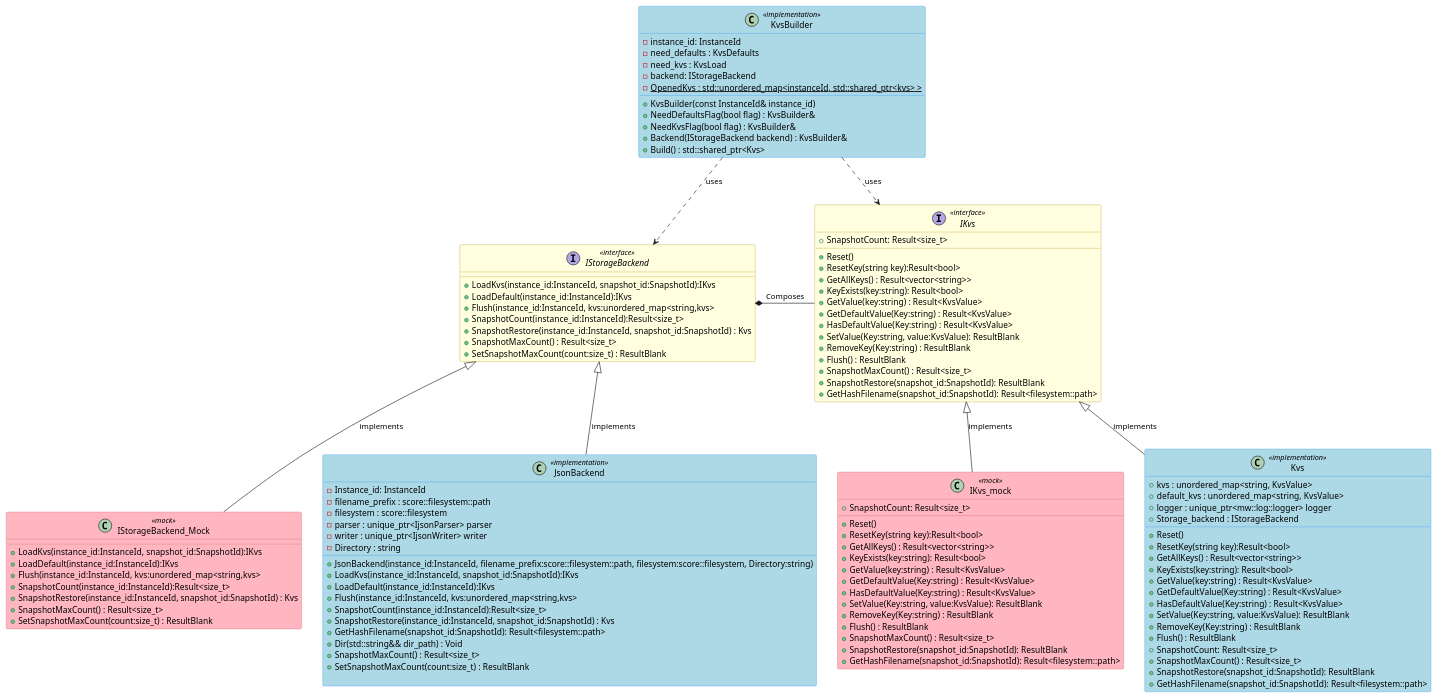
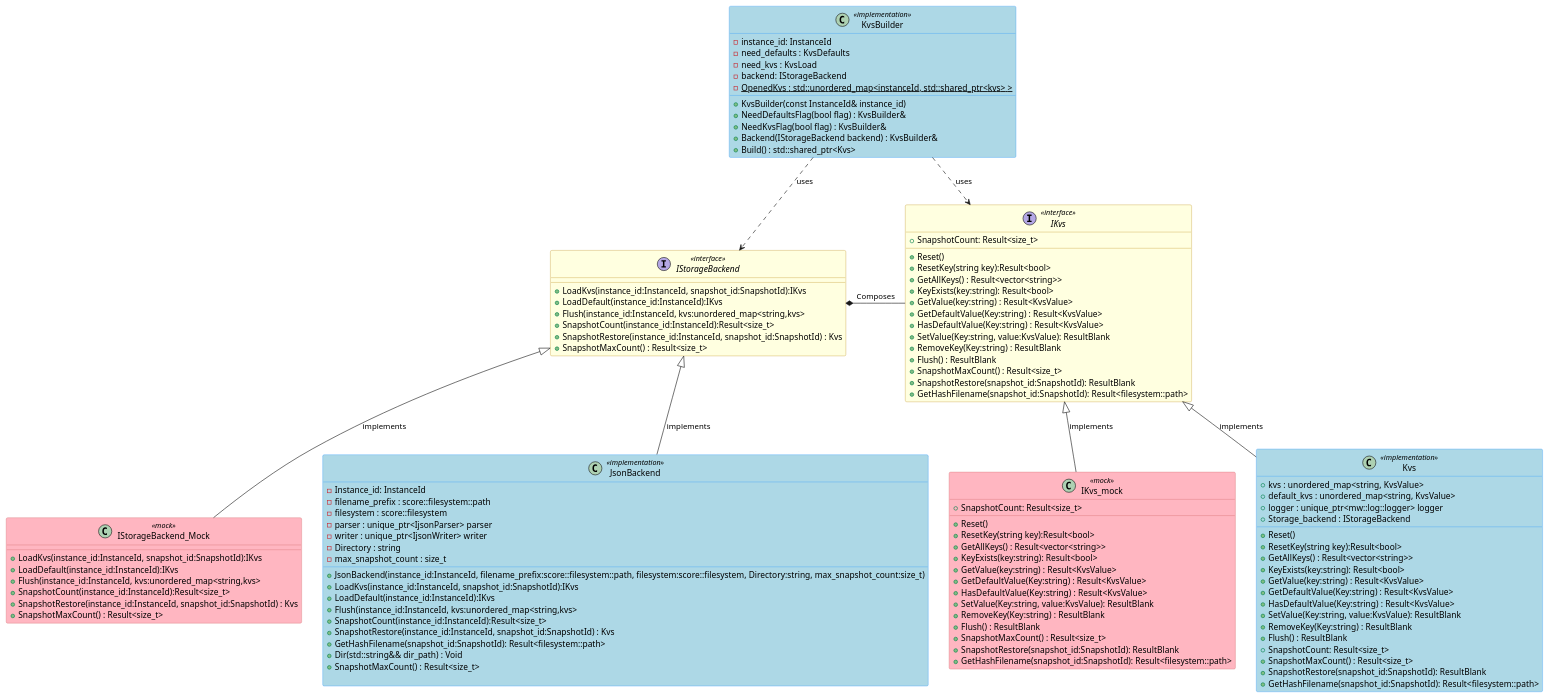
The diagram in docs/Design/class_diagram_cpp.puml (Ahmed-Elsaka-JC/inc_mw_per), drawn with PlantUML before and after one commit.

Commit message:
fix review points

```diff
--- a/docs/Design/class_diagram_cpp.puml
+++ b/docs/Design/class_diagram_cpp.puml
@@ -1,145 +1,143 @@
 @startuml ScorePersistencyKvsDesign
 
 ' Define color schemes matching original design
 skinparam class {
     BackgroundColor<<interface>> LightYellow
     BorderColor<<interface>> DarkGoldenRod
     BackgroundColor<<implementation>> LightBlue
     BorderColor<<implementation>> DodgerBlue
     BackgroundColor<<mock>> LightPink
     BorderColor<<mock>> IndianRed
 }
 
 class KvsBuilder <<implementation>> {
     - instance_id: InstanceId
     - need_defaults : KvsDefaults
     - need_kvs : KvsLoad
     - backend: IStorageBackend
     - {static} OpenedKvs : std::unordered_map<instanceId, std::shared_ptr<kvs> >
     __
     + KvsBuilder(const InstanceId& instance_id)
     + NeedDefaultsFlag(bool flag) : KvsBuilder&
     + NeedKvsFlag(bool flag) : KvsBuilder&
     + Backend(IStorageBackend backend) : KvsBuilder&
     + Build() : std::shared_ptr<Kvs>
 }
 
 
 
 interface IStorageBackend <<interface>> {
     + LoadKvs(instance_id:InstanceId, snapshot_id:SnapshotId):IKvs
     + LoadDefault(instance_id:InstanceId):IKvs
     + Flush(instance_id:InstanceId, kvs:unordered_map<string,kvs>
     + SnapshotCount(instance_id:InstanceId):Result<size_t>
     + SnapshotRestore(instance_id:InstanceId, snapshot_id:SnapshotId) : Kvs
     + SnapshotMaxCount() : Result<size_t>
-    + SetSnapshotMaxCount(count:size_t) : ResultBlank
 }
 
 interface IKvs <<interface>> {
     + Reset()
     + ResetKey(string key):Result<bool>
     + GetAllKeys() : Result<vector<string>>
     + KeyExists(key:string): Result<bool>
     + GetValue(key:string) : Result<KvsValue>
     + GetDefaultValue(Key:string) : Result<KvsValue>
     + HasDefaultValue(Key:string) : Result<KvsValue>
     + SetValue(Key:string, value:KvsValue): ResultBlank
     + RemoveKey(Key:string) : ResultBlank
     + Flush() : ResultBlank
     + SnapshotCount: Result<size_t>
     + SnapshotMaxCount() : Result<size_t>
     + SnapshotRestore(snapshot_id:SnapshotId): ResultBlank
     + GetHashFilename(snapshot_id:SnapshotId): Result<filesystem::path>
 }
 
 
 IStorageBackend -[hidden]right- IKvs
 IStorageBackend_Mock -[hidden]right- JsonBackend
 JsonBackend -[hidden]right- IKvs_mock
 IKvs_mock -[hidden]right- Kvs
 
 
 class IStorageBackend_Mock <<mock>> {
     + LoadKvs(instance_id:InstanceId, snapshot_id:SnapshotId):IKvs
     + LoadDefault(instance_id:InstanceId):IKvs
     + Flush(instance_id:InstanceId, kvs:unordered_map<string,kvs>
     + SnapshotCount(instance_id:InstanceId):Result<size_t>
     + SnapshotRestore(instance_id:InstanceId, snapshot_id:SnapshotId) : Kvs
     + SnapshotMaxCount() : Result<size_t>
-    + SetSnapshotMaxCount(count:size_t) : ResultBlank
 }
 
 class JsonBackend <<implementation>> {
     - Instance_id: InstanceId
     - filename_prefix : score::filesystem::path
     - filesystem : score::filesystem
     - parser : unique_ptr<IjsonParser> parser
     - writer : unique_ptr<IjsonWriter> writer
     - Directory : string
+    - max_snapshot_count : size_t
     __
-    + JsonBackend(instance_id:InstanceId, filename_prefix:score::filesystem::path, filesystem:score::filesystem, Directory:string)
+    + JsonBackend(instance_id:InstanceId, filename_prefix:score::filesystem::path, filesystem:score::filesystem, Directory:string, max_snapshot_count:size_t)
     + LoadKvs(instance_id:InstanceId, snapshot_id:SnapshotId):IKvs
     + LoadDefault(instance_id:InstanceId):IKvs
     + Flush(instance_id:InstanceId, kvs:unordered_map<string,kvs>
     + SnapshotCount(instance_id:InstanceId):Result<size_t>
     + SnapshotRestore(instance_id:InstanceId, snapshot_id:SnapshotId) : Kvs
     + GetHashFilename(snapshot_id:SnapshotId): Result<filesystem::path>
     + Dir(std::string&& dir_path) : Void
     + SnapshotMaxCount() : Result<size_t>
-    + SetSnapshotMaxCount(count:size_t) : ResultBlank
 
 }
 
 class IKvs_mock <<mock>> {
     + Reset()
     + ResetKey(string key):Result<bool>
     + GetAllKeys() : Result<vector<string>>
     + KeyExists(key:string): Result<bool>
     + GetValue(key:string) : Result<KvsValue>
     + GetDefaultValue(Key:string) : Result<KvsValue>
     + HasDefaultValue(Key:string) : Result<KvsValue>
     + SetValue(Key:string, value:KvsValue): ResultBlank
     + RemoveKey(Key:string) : ResultBlank
     + Flush() : ResultBlank
     + SnapshotCount: Result<size_t>
     + SnapshotMaxCount() : Result<size_t>
     + SnapshotRestore(snapshot_id:SnapshotId): ResultBlank
     + GetHashFilename(snapshot_id:SnapshotId): Result<filesystem::path>
 }
 
 class Kvs <<implementation>> {
     + kvs : unordered_map<string, KvsValue>
     + default_kvs : unordered_map<string, KvsValue>
     + logger : unique_ptr<mw::log::logger> logger
     + Storage_backend : IStorageBackend
     __
     + Reset()
     + ResetKey(string key):Result<bool>
     + GetAllKeys() : Result<vector<string>>
     + KeyExists(key:string): Result<bool>
     + GetValue(key:string) : Result<KvsValue>
     + GetDefaultValue(Key:string) : Result<KvsValue>
     + HasDefaultValue(Key:string) : Result<KvsValue>
     + SetValue(Key:string, value:KvsValue): ResultBlank
     + RemoveKey(Key:string) : ResultBlank
     + Flush() : ResultBlank
     + SnapshotCount: Result<size_t>
     + SnapshotMaxCount() : Result<size_t>
     + SnapshotRestore(snapshot_id:SnapshotId): ResultBlank
     + GetHashFilename(snapshot_id:SnapshotId): Result<filesystem::path>
 }
 
 ' Relationships
 IStorageBackend_Mock -up-|> IStorageBackend : implements
 JsonBackend -up-|> IStorageBackend : implements
 IKvs_mock -up-|> IKvs : implements
 Kvs -up-|> IKvs : implements
 
 ' Dependencies
 KvsBuilder ..> IStorageBackend : uses
 KvsBuilder ..> IKvs : uses
 IStorageBackend *-- IKvs : Composes
 
 
 @enduml
```
